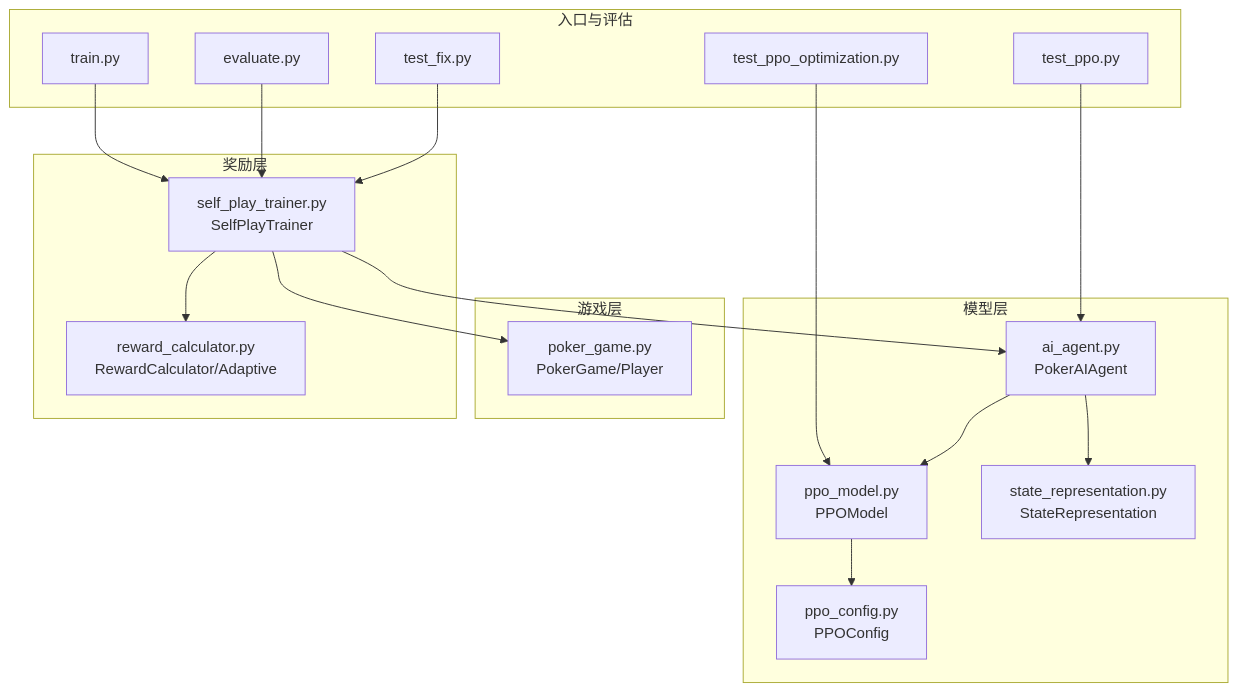
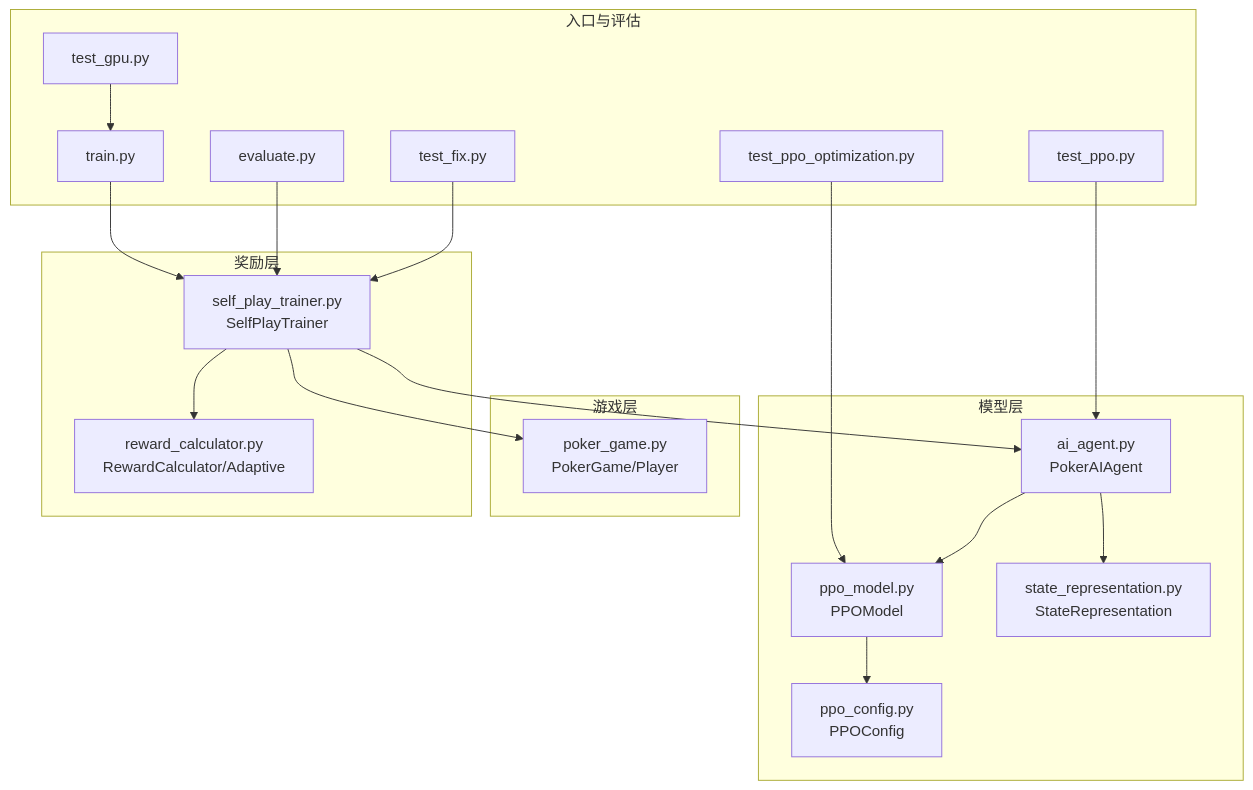
The first of 7 diagrams in .qoder/repowiki/zh/content/开发指南/测试策略/测试策略.md (xiaoguo1987/testonew06), drawn with Mermaid before and after one commit. The commit also changed other lines of this file and 12 other files, not shown here.

````diff
--- a/.qoder/repowiki/zh/content/开发指南/测试策略/测试策略.md
+++ b/.qoder/repowiki/zh/content/开发指南/测试策略/测试策略.md
@@ -44,34 +48,36 @@
 ```mermaid
 graph TB
 subgraph "入口与评估"
 T["train.py"]
 E["evaluate.py"]
 TP1["test_ppo.py"]
 TP2["test_ppo_optimization.py"]
 TP3["test_fix.py"]
+TG["test_gpu.py"]
 end
 subgraph "模型层"
 AIA["ai_agent.py<br/>PokerAIAgent"]
 PPO["ppo_model.py<br/>PPOModel"]
 SR["state_representation.py<br/>StateRepresentation"]
 CFG["ppo_config.py<br/>PPOConfig"]
 end
 subgraph "游戏层"
 PG["poker_game.py<br/>PokerGame/Player"]
 end
 subgraph "奖励层"
 SPT["self_play_trainer.py<br/>SelfPlayTrainer"]
 RC["reward_calculator.py<br/>RewardCalculator/Adaptive"]
 end
 T --> SPT
 E --> SPT
 TP1 --> AIA
 TP2 --> PPO
 TP3 --> SPT
+TG --> T
 SPT --> AIA
 AIA --> PPO
 AIA --> SR
 PPO --> CFG
 SPT --> RC
 SPT --> PG
 ```
````
